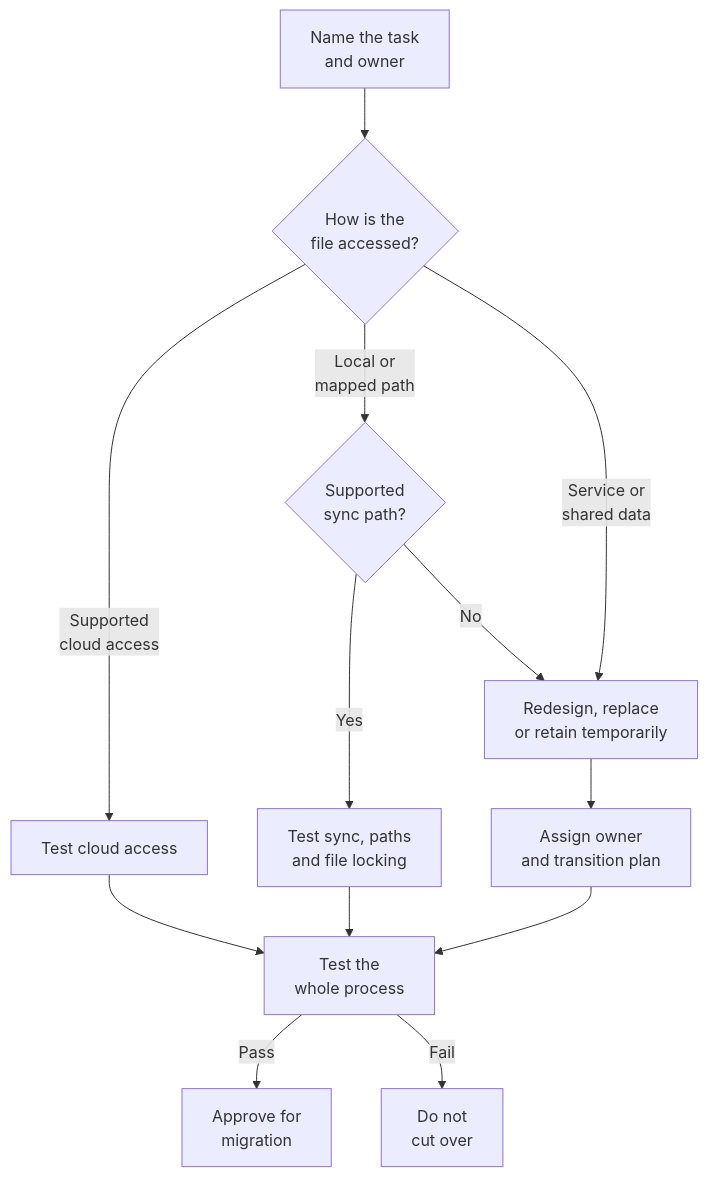
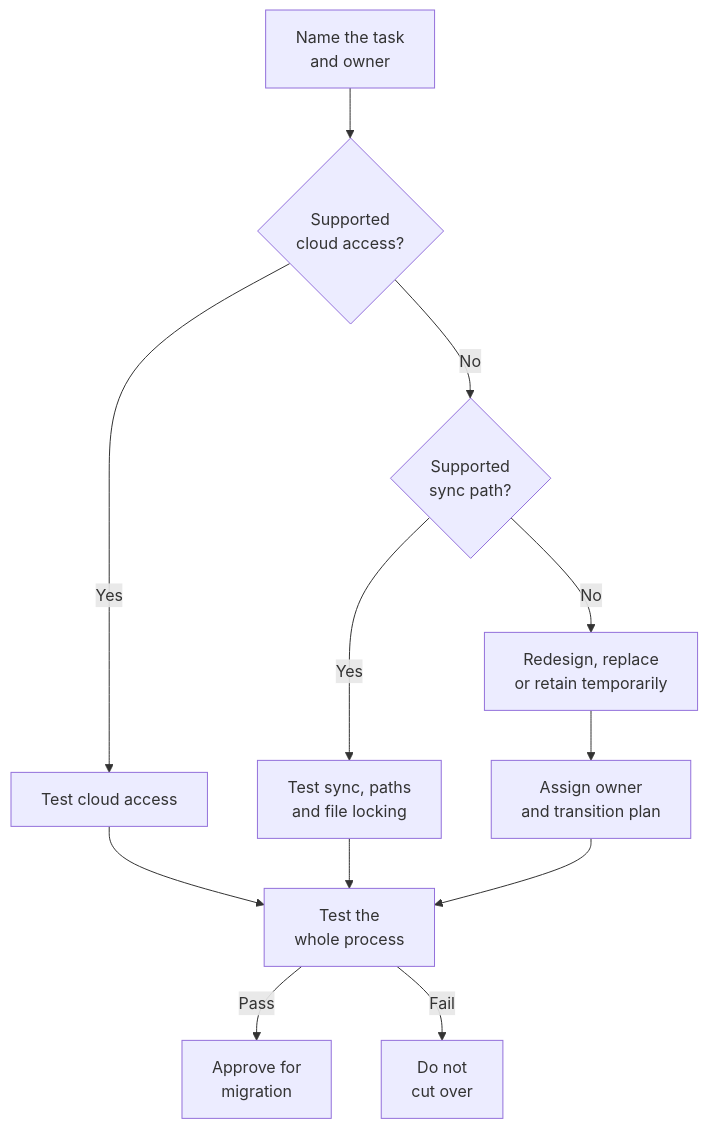
The second of 2 diagrams in docs/admin-and-governance/migrate-file-server-to-sharepoint.md (DwayneSelsig/M365wizard), drawn with Mermaid before and after one commit. The commit also changed other lines of this file and 1 other file, not shown here.

Commit message:
Refine migration guidance for SharePoint transition: clarify project planning, enhance process validation, and improve access management details.

````diff
--- a/docs/admin-and-governance/migrate-file-server-to-sharepoint.md
+++ b/docs/admin-and-governance/migrate-file-server-to-sharepoint.md
@@ -164,15 +166,14 @@
 ```mermaid
 flowchart TD
-    Process[Name the task<br/>and owner] --> Use{How is the<br/>file accessed?}
-    Use -->|Supported<br/>cloud access| Cloud[Test cloud access]
-    Use -->|Local or<br/>mapped path| Local{Supported<br/>sync path?}
-    Use -->|Service or<br/>shared data| Redesign[Redesign, replace<br/>or retain temporarily]
+    Process[Name the task<br/>and owner] --> Use{Supported<br/>cloud access?}
+    Use -->|Yes| Cloud[Test cloud access]
+    Use -->|No| Local{Supported<br/>sync path?}
     Local -->|Yes| Sync[Test sync, paths<br/>and file locking]
-    Local -->|No| Redesign
+    Local -->|No| Redesign[Redesign, replace<br/>or retain temporarily]
     Cloud --> Task[Test the<br/>whole process]
     Sync --> Task
     Redesign --> Plan[Assign owner<br/>and transition plan]
     Plan --> Task
     Task -->|Pass| Approve[Approve for<br/>migration]
     Task -->|Fail| Block[Do not<br/>cut over]
 ```
````
